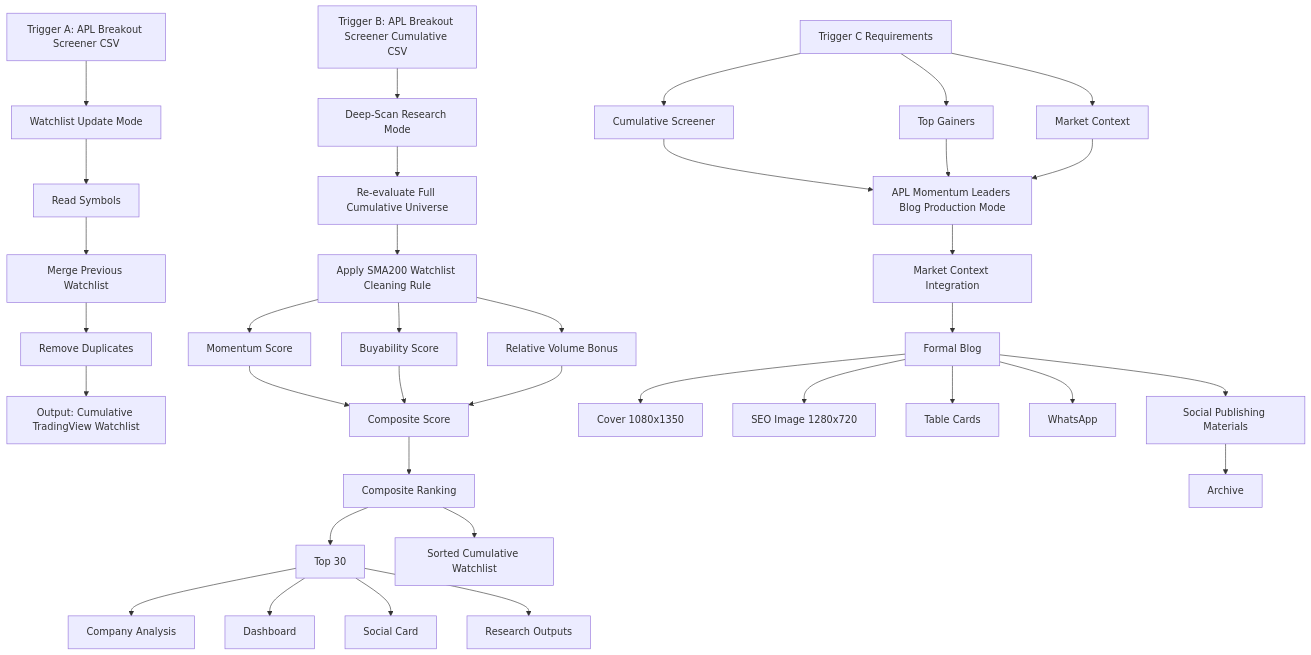
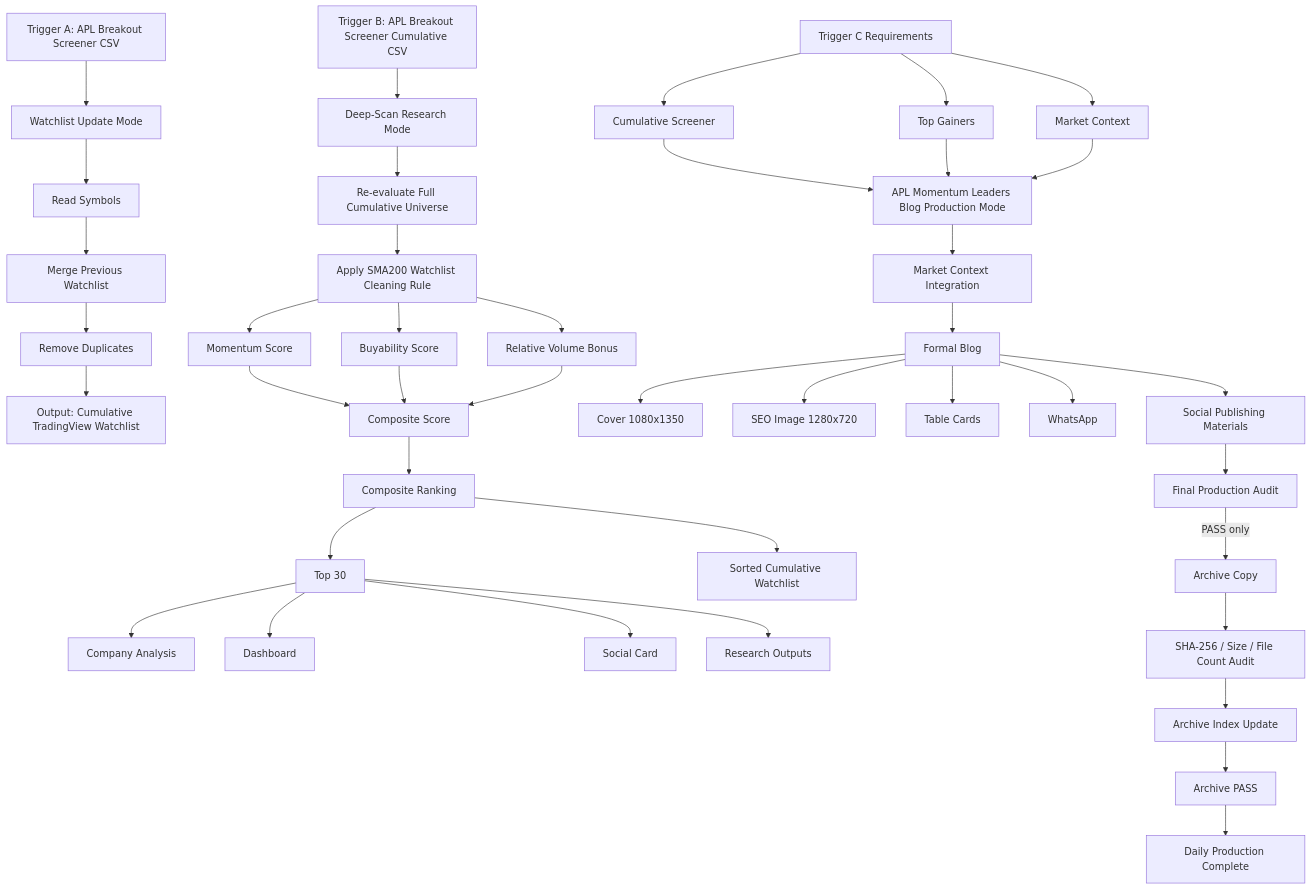
Before and after one commit to MikeChowHub/APL-US-STOCK: the diagram in APL_US_Stock_Production_Workflow_Specification_v1.0.md, drawn with Mermaid. The commit also changed other lines of this file and 3 other files, not shown here.

Commit message:
Complete Archive V2 documentation integration

````diff
--- a/APL_US_Stock_Production_Workflow_Specification_v1.0.md
+++ b/APL_US_Stock_Production_Workflow_Specification_v1.0.md
@@ -276,42 +284,47 @@
 ```mermaid
 flowchart TD
     A["Trigger A: APL Breakout Screener CSV"] --> B["Watchlist Update Mode"]
     B --> B1["Read Symbols"]
     B1 --> B2["Merge Previous Watchlist"]
     B2 --> B3["Remove Duplicates"]
     B3 --> B4["Output: Cumulative TradingView Watchlist"]
 
     C["Trigger B: APL Breakout Screener Cumulative CSV"] --> D["Deep-Scan Research Mode"]
     D --> D1["Re-evaluate Full Cumulative Universe"]
     D1 --> D2["Apply SMA200 Watchlist Cleaning Rule"]
     D2 --> D3["Momentum Score"]
     D2 --> D4["Buyability Score"]
     D2 --> D5["Relative Volume Bonus"]
     D3 --> D6["Composite Score"]
     D4 --> D6
     D5 --> D6
     D6 --> D7["Composite Ranking"]
     D7 --> D8["Top 30"]
     D7 --> D9["Sorted Cumulative Watchlist"]
     D8 --> D10["Company Analysis"]
     D8 --> D11["Dashboard"]
     D8 --> D12["Social Card"]
     D8 --> D13["Research Outputs"]
 
     E["Trigger C Requirements"] --> F["Cumulative Screener"]
     E --> G["Top Gainers"]
     E --> H["Market Context"]
 
     F --> I["APL Momentum Leaders Blog Production Mode"]
     G --> I
     H --> I
 
     I --> I1["Market Context Integration"]
     I1 --> I2["Formal Blog"]
     I2 --> I3["Cover 1080x1350"]
     I2 --> I4["SEO Image 1280x720"]
     I2 --> I5["Table Cards"]
     I2 --> I6["WhatsApp"]
     I2 --> I7["Social Publishing Materials"]
-    I7 --> I8["Archive"]
+    I7 --> I8["Final Production Audit"]
+    I8 -->|"PASS only"| I9["Archive Copy"]
+    I9 --> I10["SHA-256 / Size / File Count Audit"]
+    I10 --> I11["Archive Index Update"]
+    I11 --> I12["Archive PASS"]
+    I12 --> I13["Daily Production Complete"]
 ```
````
